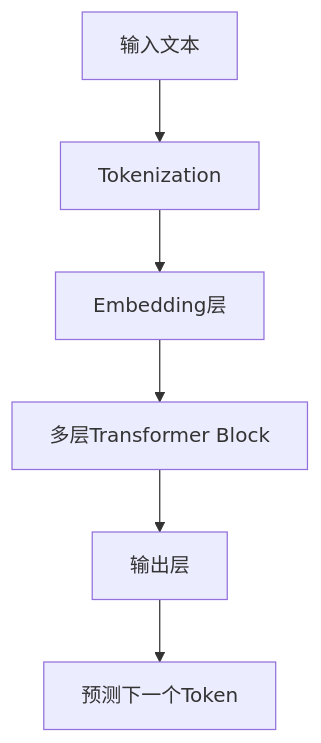
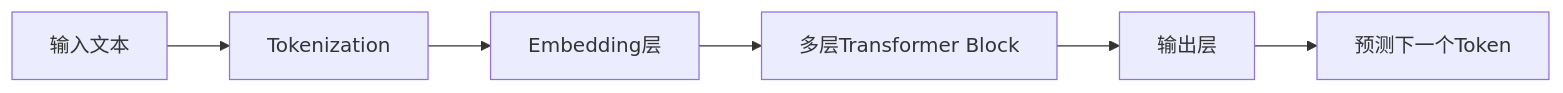
Before and after one commit to Xaiver03/AI-Wiki-Knowledge-Base: the first of 2 diagrams in K1-基础理论与概念/AI技术基础/大语言模型基础.md, drawn with Mermaid. The commit also changed 1 other file, not shown here.

Commit message:
更新现有文档内容
📝 文档更新:
- 更新大语言模型基础文档
- 更新DPO直接偏好优化文档

🤖 Generated with [Claude Code](https://claude.ai/code)

````diff
--- a/K1-基础理论与概念/AI技术基础/大语言模型基础.md
+++ b/K1-基础理论与概念/AI技术基础/大语言模型基础.md
@@ -22,8 +22,8 @@
 ```mermaid
-graph TD
+graph LR
     A[输入文本] --> B[Tokenization]
     B --> C[Embedding层]
     C --> D[多层Transformer Block]
     D --> E[输出层]
     E --> F[预测下一个Token]
 ```
````
